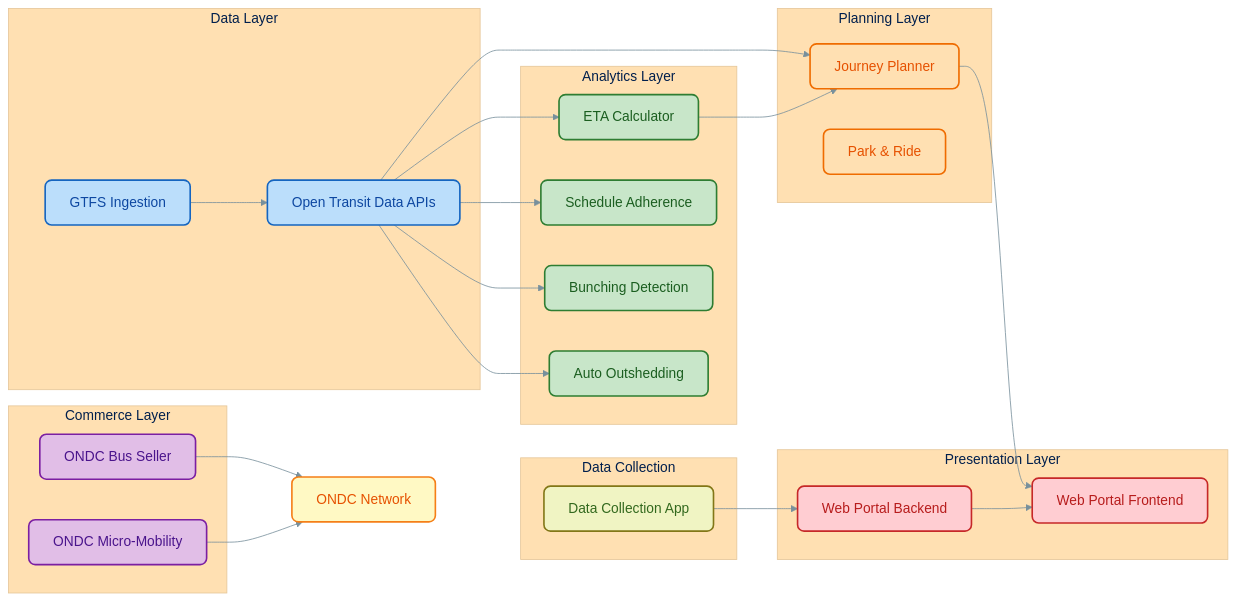
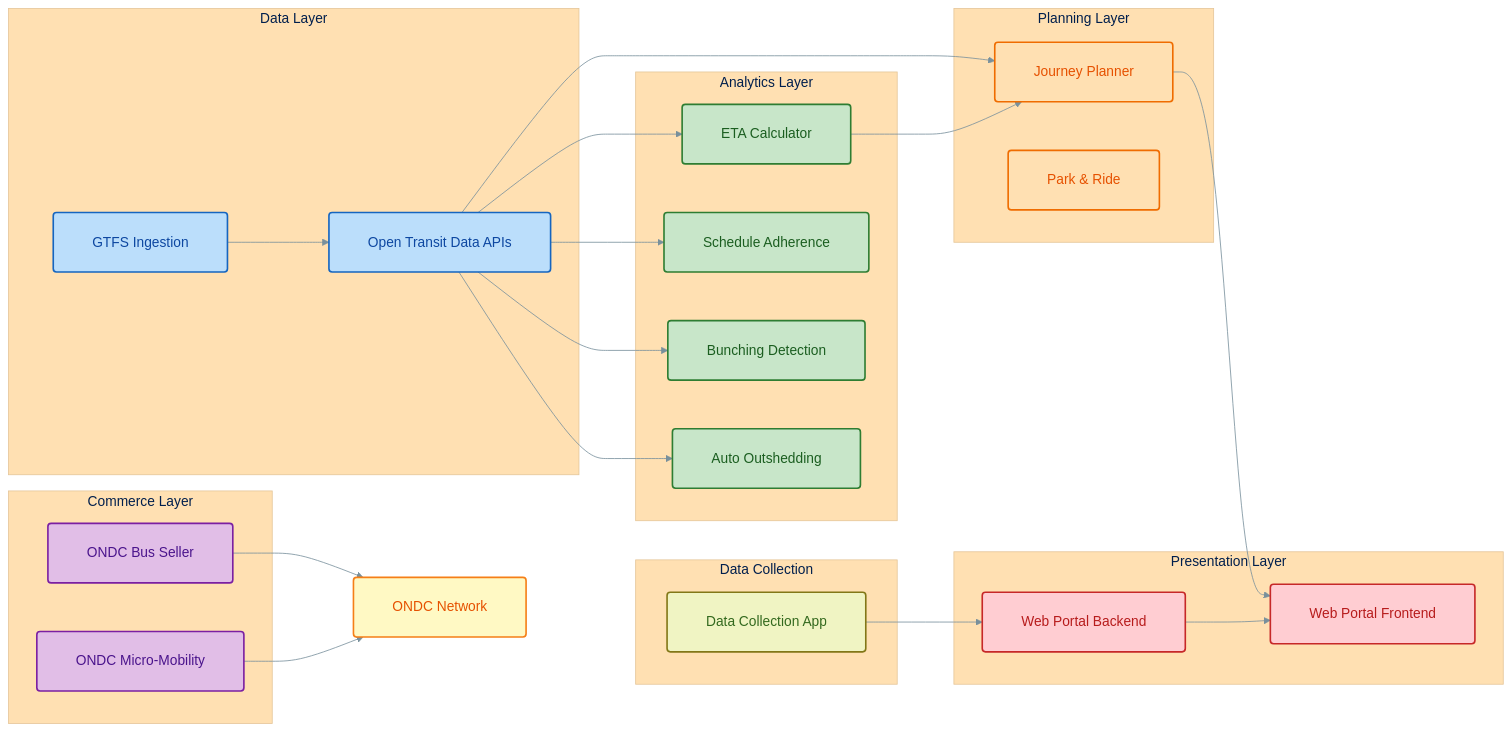
The second of 4 diagrams in docs/architecture/overview.md (transport-stack/wiki-transport-stack), drawn with Mermaid before and after one commit. The commit also changed other lines of this file, not shown here.

Commit message:
docs: fix Mermaid text trimming with padding and tighter border radius

````diff
--- a/docs/architecture/overview.md
+++ b/docs/architecture/overview.md
@@ -89,57 +89,57 @@
 ```mermaid
-%%{init: {'theme': 'base', 'themeVariables': { 'primaryColor': '#bbdefb', 'primaryTextColor': '#0d47a1', 'primaryBorderColor': '#1976d2', 'lineColor': '#78909c', 'secondaryColor': '#c8e6c9', 'tertiaryColor': '#ffe0b2', 'quaternaryColor': '#e1bee7', 'fontFamily': 'Inter, sans-serif', 'fontSize': '17px' }}}%%
+%%{init: {'theme': 'base', 'themeVariables': { 'primaryColor': '#bbdefb', 'primaryTextColor': '#0d47a1', 'primaryBorderColor': '#1976d2', 'lineColor': '#78909c', 'secondaryColor': '#c8e6c9', 'tertiaryColor': '#ffe0b2', 'quaternaryColor': '#e1bee7', 'fontFamily': 'Inter, sans-serif', 'fontSize': '17px' }, 'flowchart': { 'padding': 24, 'nodeSpacing': 60, 'rankSpacing': 70, 'useMaxWidth': true }}}%%
 graph LR
-    classDef data fill:#bbdefb,stroke:#1565c0,stroke-width:2px,color:#0d47a1,rx:8px,ry:8px
-    classDef analytics fill:#c8e6c9,stroke:#2e7d32,stroke-width:2px,color:#1b5e20,rx:8px,ry:8px
-    classDef planning fill:#ffe0b2,stroke:#ef6c00,stroke-width:2px,color:#e65100,rx:8px,ry:8px
-    classDef commerce fill:#e1bee7,stroke:#7b1fa2,stroke-width:2px,color:#4a148c,rx:8px,ry:8px
-    classDef presentation fill:#ffcdd2,stroke:#c62828,stroke-width:2px,color:#b71c1c,rx:8px,ry:8px
-    classDef collection fill:#f0f4c3,stroke:#827717,stroke-width:2px,color:#33691e,rx:8px,ry:8px
-    classDef external fill:#fff9c4,stroke:#f57f17,stroke-width:2px,color:#e65100,rx:8px,ry:8px
+    classDef data fill:#bbdefb,stroke:#1565c0,stroke-width:2px,color:#0d47a1,rx:4px,ry:4px
+    classDef analytics fill:#c8e6c9,stroke:#2e7d32,stroke-width:2px,color:#1b5e20,rx:4px,ry:4px
+    classDef planning fill:#ffe0b2,stroke:#ef6c00,stroke-width:2px,color:#e65100,rx:4px,ry:4px
+    classDef commerce fill:#e1bee7,stroke:#7b1fa2,stroke-width:2px,color:#4a148c,rx:4px,ry:4px
+    classDef presentation fill:#ffcdd2,stroke:#c62828,stroke-width:2px,color:#b71c1c,rx:4px,ry:4px
+    classDef collection fill:#f0f4c3,stroke:#827717,stroke-width:2px,color:#33691e,rx:4px,ry:4px
+    classDef external fill:#fff9c4,stroke:#f57f17,stroke-width:2px,color:#e65100,rx:4px,ry:4px
 
     subgraph "Data Layer"
         OTD["Open Transit Data APIs"]:::data
         GTFS["GTFS Ingestion"]:::data
     end
 
     subgraph "Analytics Layer"
         ETA["ETA Calculator"]:::analytics
         SA["Schedule Adherence"]:::analytics
         BB["Bunching Detection"]:::analytics
         AO["Auto Outshedding"]:::analytics
     end
 
     subgraph "Planning Layer"
         JP["Journey Planner"]:::planning
         PNR["Park & Ride"]:::planning
     end
 
     subgraph "Commerce Layer"
         ONDC_S["ONDC Bus Seller"]:::commerce
         ONDC_B["ONDC Micro-Mobility"]:::commerce
     end
 
     subgraph "Presentation Layer"
         PORTAL_FE["Web Portal Frontend"]:::presentation
         PORTAL_BE["Web Portal Backend"]:::presentation
     end
 
     subgraph "Data Collection"
         DC["Data Collection App"]:::collection
     end
 
     ONDC_NET["ONDC Network"]:::external
 
     GTFS --> OTD
     OTD --> ETA
     OTD --> JP
     OTD --> SA
     OTD --> BB
     OTD --> AO
     ETA --> JP
     JP --> PORTAL_FE
     ONDC_S --> ONDC_NET
     ONDC_B --> ONDC_NET
     DC --> PORTAL_BE
     PORTAL_BE --> PORTAL_FE
 ```
````
